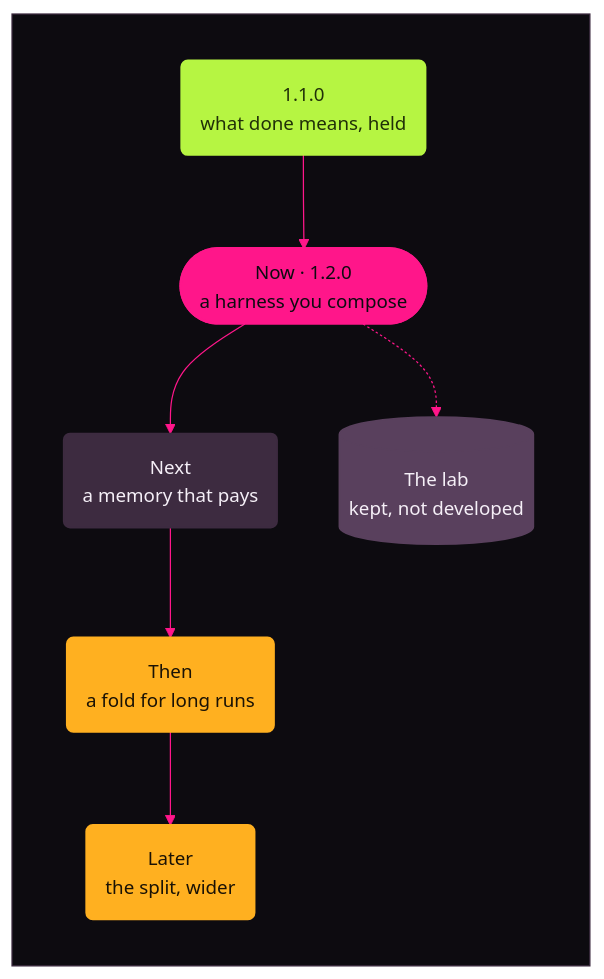
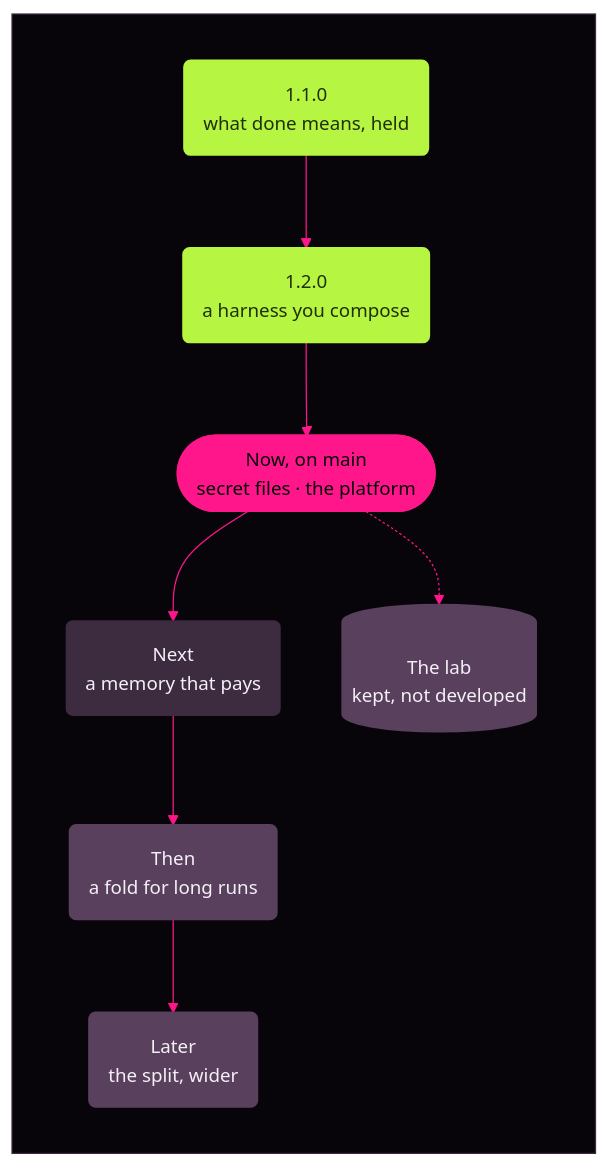
One commit to Kaginari/mikata changed the diagram in docs/roadmap.md. Above: the diagram before and after it, drawn with Mermaid. The commit also changed 11 other files, not shown here.

First line of the commit message:
docs: the diagrams on today's night, every block in its meaning's colour

````diff
--- a/docs/roadmap.md
+++ b/docs/roadmap.md
@@ -9,75 +9,76 @@
 ```mermaid
 ---
 config:
   theme: base
   themeVariables:
     darkMode: true
-    background: "#0d0b10"
+    background: "#07050a"
     fontFamily: "Inter, Segoe UI, system-ui, -apple-system, Helvetica, Arial, sans-serif"
     fontSize: "15px"
     primaryColor: "#3d2b40"
     primaryTextColor: "#f5eff7"
     primaryBorderColor: "#3d2b40"
     secondaryColor: "#59405d"
     secondaryTextColor: "#f5eff7"
     secondaryBorderColor: "#59405d"
-    tertiaryColor: "#16111b"
+    tertiaryColor: "#110c14"
     tertiaryTextColor: "#f5eff7"
     tertiaryBorderColor: "#3d2b40"
     lineColor: "#ff168a"
     textColor: "#f5eff7"
     titleColor: "#f5eff7"
-    edgeLabelBackground: "#0d0b10"
-    clusterBkg: "#16111b"
+    edgeLabelBackground: "#07050a"
+    clusterBkg: "#110c14"
     clusterBorder: "#3d2b40"
     noteBkgColor: "#ffb020"
     noteTextColor: "#1a1205"
     noteBorderColor: "#ffb020"
     actorBkg: "#3d2b40"
     actorBorder: "#3d2b40"
     actorTextColor: "#f5eff7"
     actorLineColor: "#59405d"
     signalColor: "#ff655c"
     signalTextColor: "#f5eff7"
     labelBoxBkgColor: "#3d2b40"
     labelBoxBorderColor: "#3d2b40"
     labelTextColor: "#f5eff7"
     loopTextColor: "#f5eff7"
     activationBkgColor: "#ff168a"
     activationBorderColor: "#ff168a"
-    sequenceNumberColor: "#0d0b10"
+    sequenceNumberColor: "#07050a"
     transitionColor: "#ff168a"
     transitionLabelColor: "#f5eff7"
     stateLabelColor: "#f5eff7"
     stateBkg: "#3d2b40"
-    labelBackgroundColor: "#0d0b10"
-    compositeBackground: "#16111b"
+    labelBackgroundColor: "#07050a"
+    compositeBackground: "#110c14"
     compositeTitleBackground: "#3d2b40"
-    altBackground: "#16111b"
+    altBackground: "#110c14"
     specialStateColor: "#b6f542"
     innerEndBackground: "#b6f542"
   flowchart:
     wrappingWidth: 220
 ---
 flowchart TD
     subgraph MIKATA_BG[" "]
       direction TB
-      R("1.1.0<br/>what done means, held") --> N(["Now · 1.2.0<br/>a harness you compose"])
+      R("1.1.0<br/>what done means, held") --> R2("1.2.0<br/>a harness you compose")
+      R2 --> N(["Now, on main<br/>secret files · the platform"])
       N --> M("Next<br/>a memory that pays")
       M --> F("Then<br/>a fold for long runs")
       F --> S("Later<br/>the split, wider")
       L[("The lab<br/>kept, not developed")]
       N -.-> L
     end
     classDef shipped fill:#b6f542,stroke:#b6f542,stroke-width:2px,color:#203008
-    class R shipped
-    classDef now fill:#ff168a,stroke:#ff168a,stroke-width:2px,color:#0d0b10
+    class R,R2 shipped
+    classDef now fill:#ff168a,stroke:#ff168a,stroke-width:2px,color:#07050a
     class N now
     classDef next fill:#3d2b40,stroke:#3d2b40,stroke-width:1.5px,color:#f5eff7
     class M next
-    classDef later fill:#ffb020,stroke:#ffb020,stroke-width:2px,color:#1a1205
+    classDef later fill:#59405d,stroke:#59405d,stroke-width:2px,color:#f5eff7
     class F,S later
     classDef lab fill:#59405d,stroke:#59405d,stroke-width:1.5px,color:#f5eff7
     class L lab
-    style MIKATA_BG fill:#0d0b10,stroke:#3d2b40,color:#0d0b10
+    style MIKATA_BG fill:#07050a,stroke:#3d2b40,color:#07050a
 ```
````
